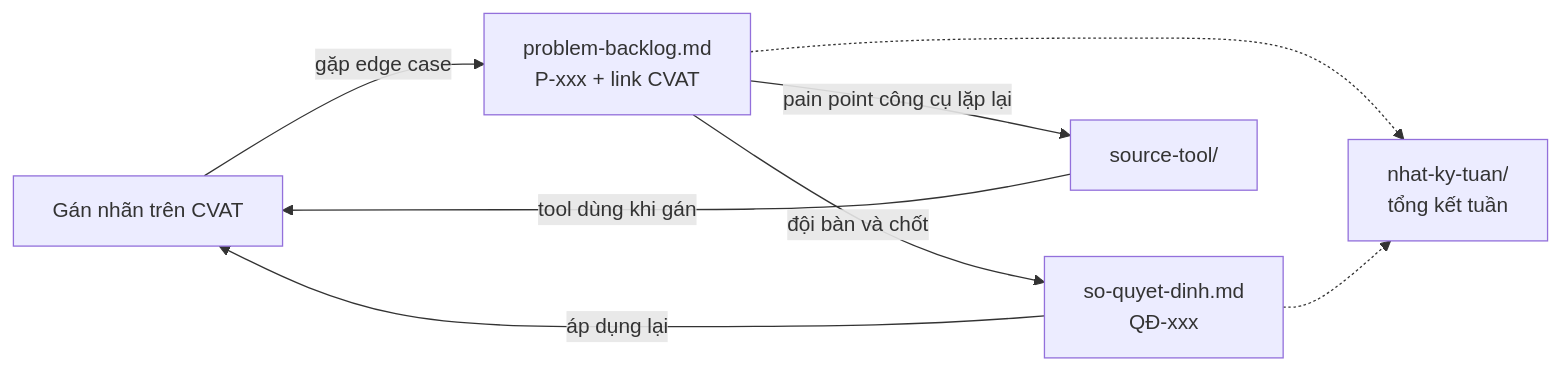
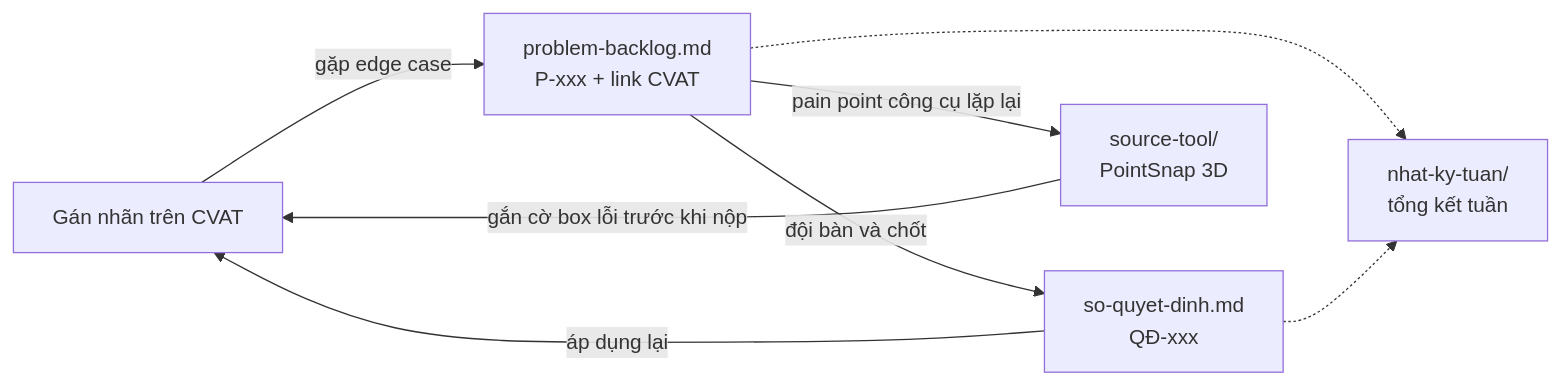
Before and after one commit to BanhKhuc04/P-029-v2: the diagram in README.md, drawn with Mermaid. The commit also changed other lines of this file and 11 other files, not shown here.

````diff
--- a/README.md
+++ b/README.md
@@ -20,10 +55,10 @@
 ```mermaid
 flowchart LR
     A[Gán nhãn trên CVAT] -->|gặp edge case| B[problem-backlog.md<br/>P-xxx + link CVAT]
     B -->|đội bàn và chốt| C[so-quyet-dinh.md<br/>QĐ-xxx]
     C -->|áp dụng lại| A
-    B -->|pain point công cụ lặp lại| D[source-tool/]
-    D -->|tool dùng khi gán| A
+    B -->|pain point công cụ lặp lại| D[source-tool/<br/>PointSnap 3D]
+    D -->|gắn cờ box lỗi trước khi nộp| A
     B -.-> E[nhat-ky-tuan/<br/>tổng kết tuần]
     C -.-> E
 ```
````
